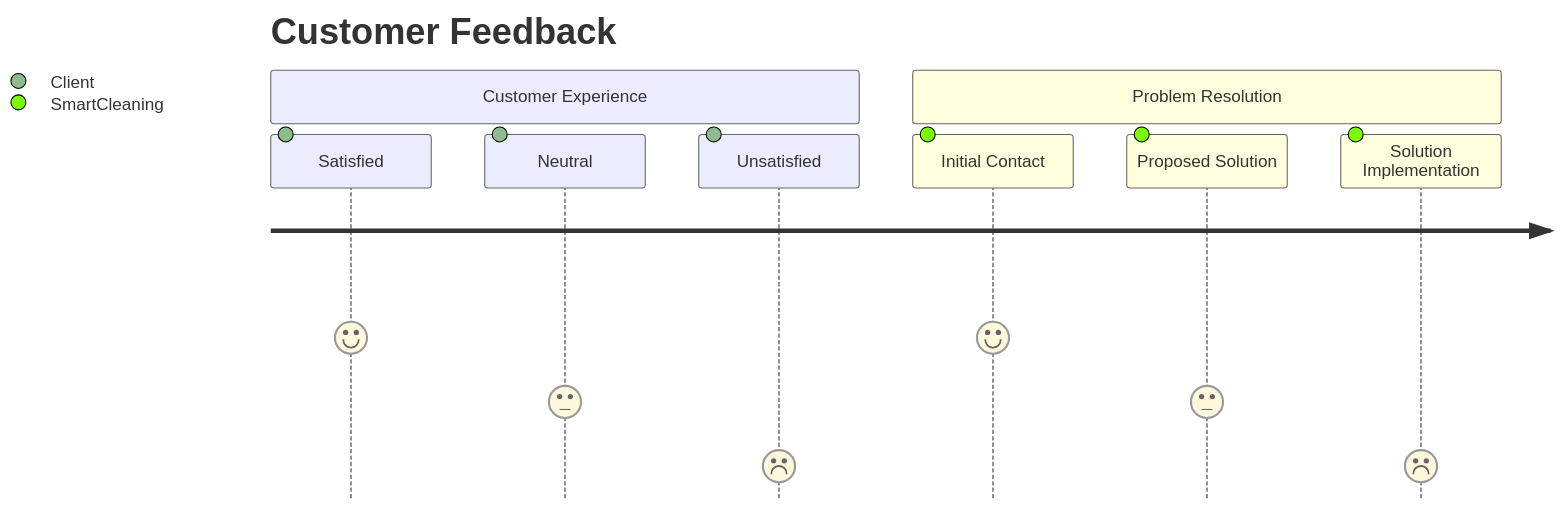
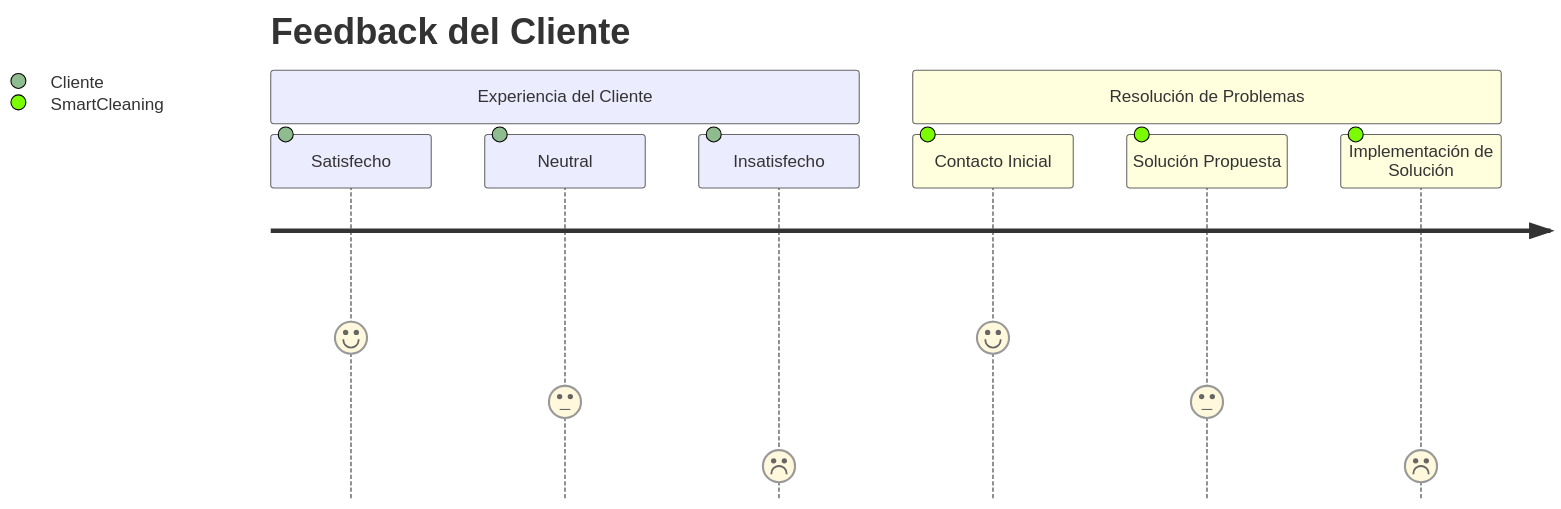
The tenth of 10 diagrams in README.md (despiau/mermaid), drawn with Mermaid before and after one commit. The commit also changed other lines of this file, not shown here.

````diff
--- a/README.md
+++ b/README.md
@@ -156,12 +156,12 @@
 ```mermaid
 journey
-    title Customer Feedback
-    section Customer Experience
-      Satisfied: 5: Client
-      Neutral: 3: Client
-      Unsatisfied: 1: Client
-    section Problem Resolution
-      Initial Contact: 5: SmartCleaning
-      Proposed Solution: 3: SmartCleaning
-      Solution Implementation: 1: SmartCleaning
+    title Feedback del Cliente
+    section Experiencia del Cliente
+      Satisfecho: 5: Cliente
+      Neutral: 3: Cliente
+      Insatisfecho: 1: Cliente
+    section Resolución de Problemas
+      Contacto Inicial: 5: SmartCleaning
+      Solución Propuesta: 3: SmartCleaning
+      Implementación de Solución: 1: SmartCleaning
 ```
````
